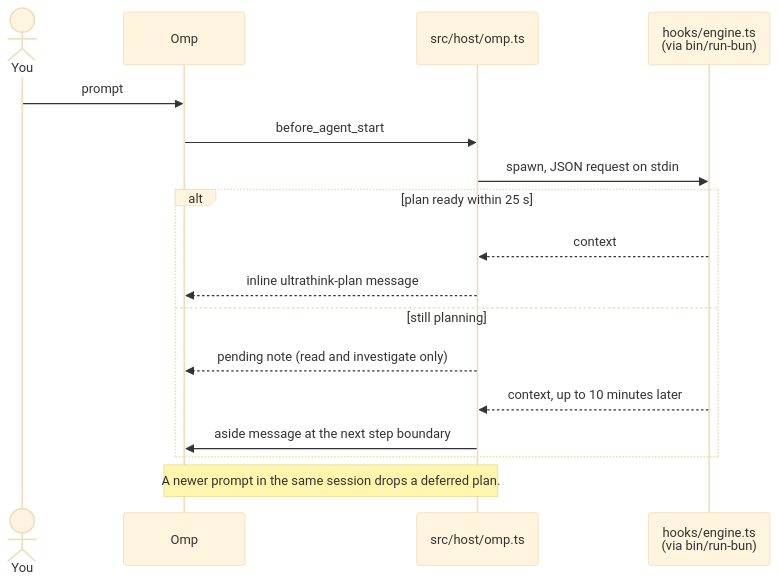
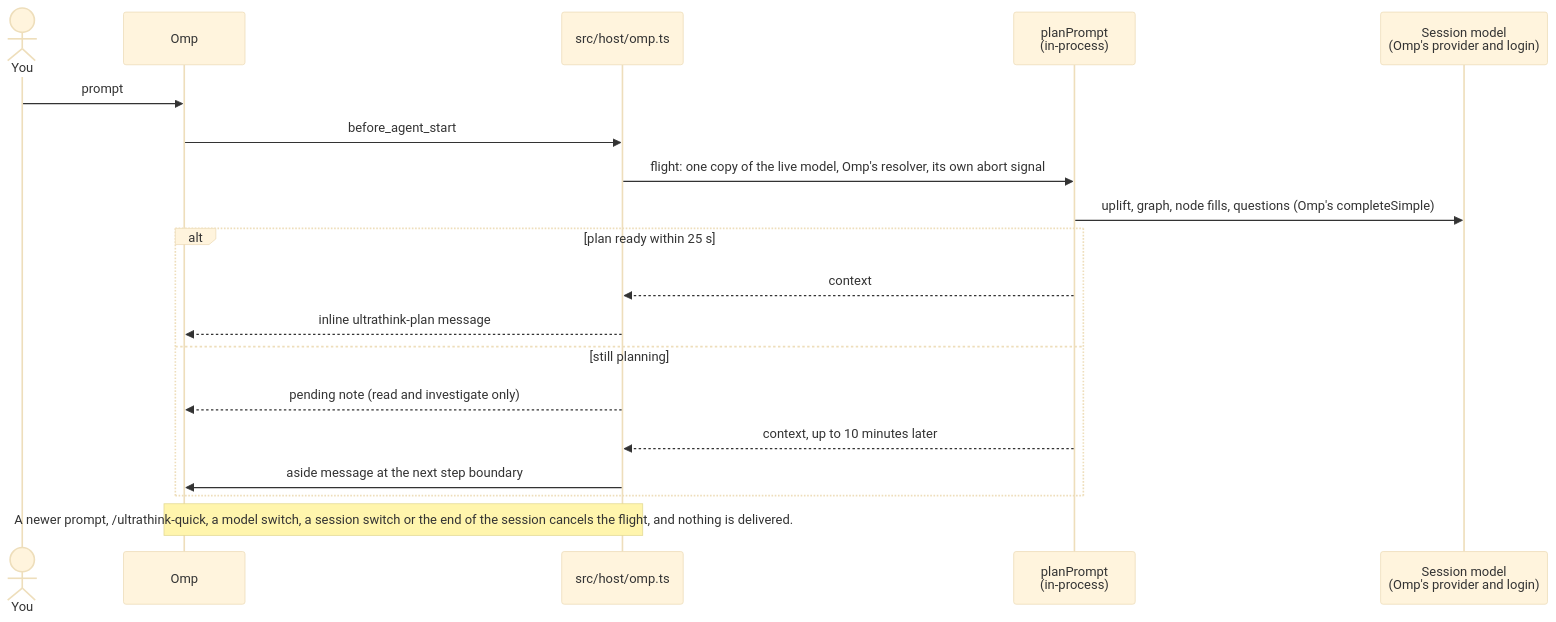
One commit to swcstudiospace/claude-ultrathink changed the seventh of 9 diagrams in docs/architecture.md. Above: the diagram before and after it, drawn with Mermaid (base theme). The commit also changed other lines of this file and 20 other files, not shown here.

````diff
--- a/docs/architecture.md
+++ b/docs/architecture.md
@@ -289,19 +290,21 @@
 ```mermaid
 sequenceDiagram
     actor You
     participant O as Omp
     participant X as src/host/omp.ts
-    participant Eng as hooks/engine.ts<br/>(via bin/run-bun)
+    participant P as planPrompt<br/>(in-process)
+    participant M as Session model<br/>(Omp's provider and login)
     You->>O: prompt
     O->>X: before_agent_start
-    X->>Eng: spawn, JSON request on stdin
+    X->>P: flight: one copy of the live model, Omp's resolver, its own abort signal
+    P->>M: uplift, graph, node fills, questions (Omp's completeSimple)
     alt plan ready within 25 s
-        Eng-->>X: context
+        P-->>X: context
         X-->>O: inline ultrathink-plan message
     else still planning
         X-->>O: pending note (read and investigate only)
-        Eng-->>X: context, up to 10 minutes later
+        P-->>X: context, up to 10 minutes later
         X->>O: aside message at the next step boundary
     end
-    Note over O,X: A newer prompt in the same session drops a deferred plan.
+    Note over O,X: A newer prompt, /ultrathink-quick, a model switch, a session switch or the end of the session cancels the flight, and nothing is delivered.
 ```
````
